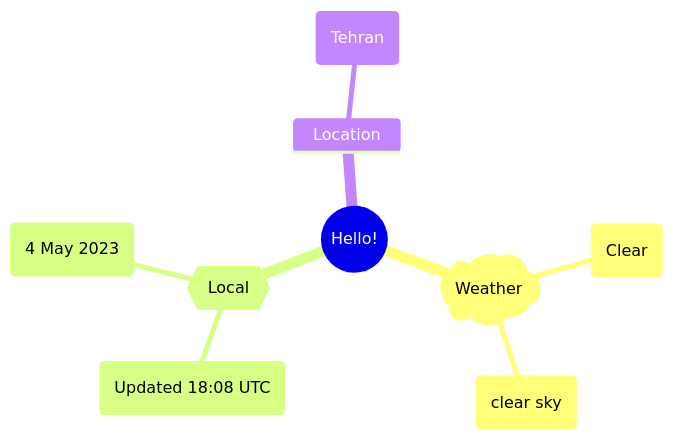
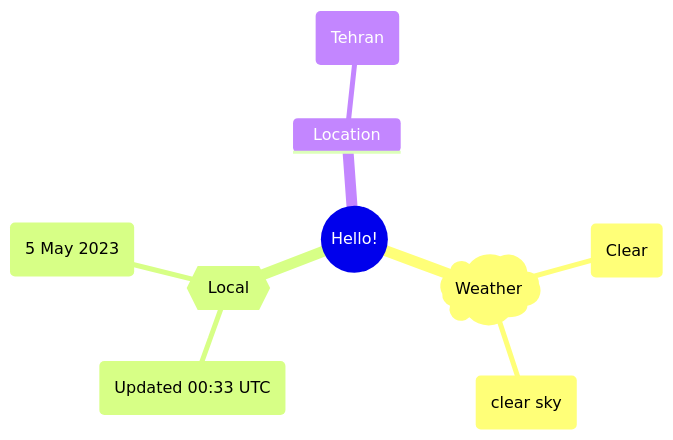
The first of 2 diagrams in README.md (Xosrov/Xosrov), drawn with Mermaid before and after one commit.

Commit message:
[bot] updated images

````diff
--- a/README.md
+++ b/README.md
@@ -3,12 +3,12 @@
 ```mermaid
 mindmap
   root((Hello!))
     )Weather(
         (Clear)
         (clear sky)
     {{Local}}
-        (Updated 18:08 UTC)
-        (4 May 2023)
+        (Updated 00:33 UTC)
+        (5 May 2023)
     Location
         (Tehran)
 ```
````
